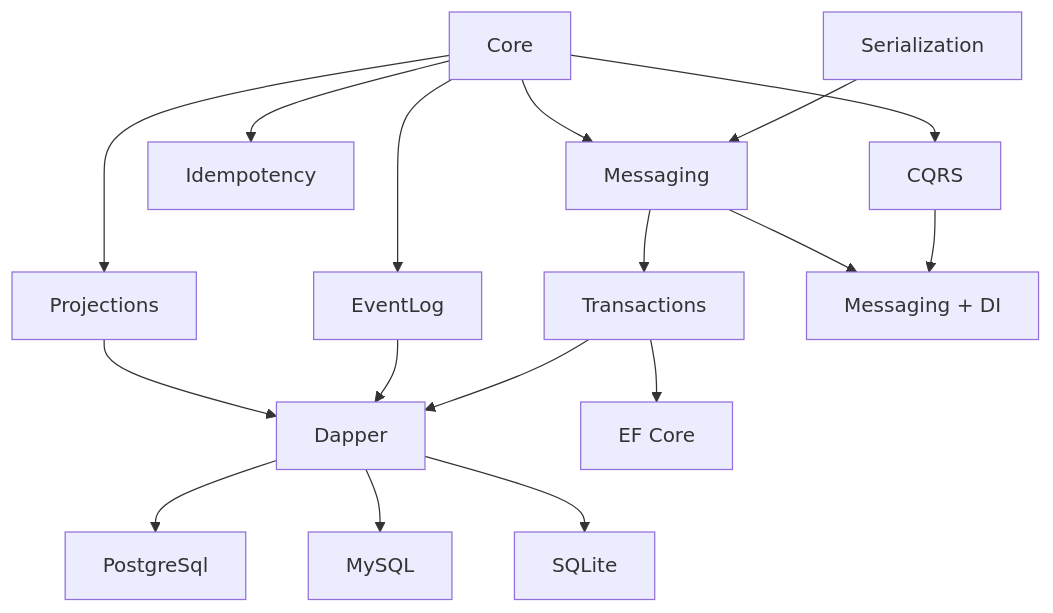
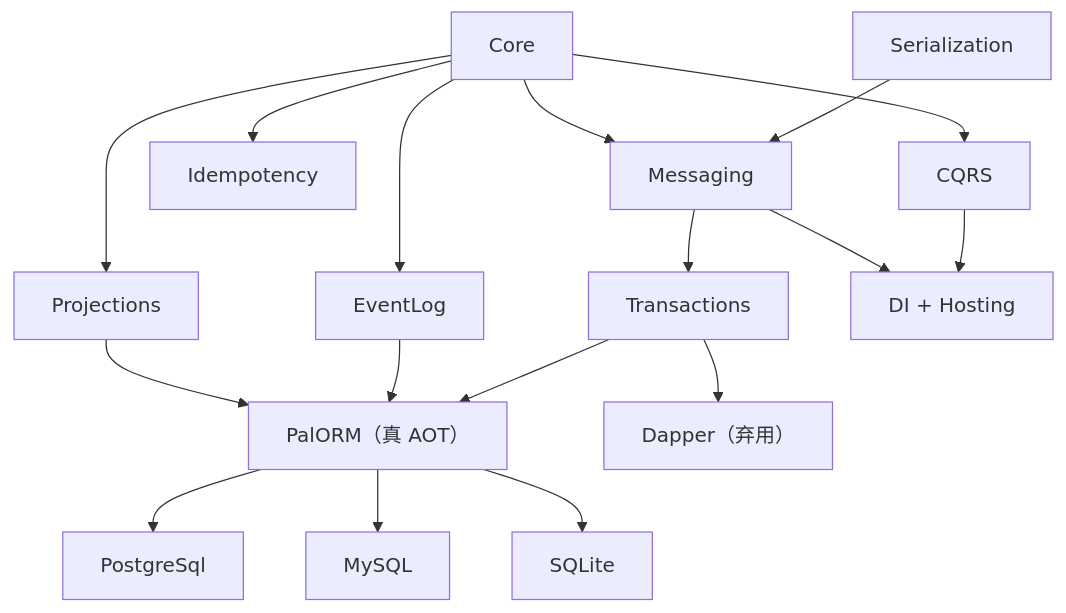
One commit to yuebo119/PalDDD changed the diagram in README.md. Above: the diagram before and after it, drawn with Mermaid. The commit also changed other lines of this file, not shown here.

First line of the commit message:
docs: README 全面审计更新 — PalORM 为推荐路径

````diff
--- a/README.md
+++ b/README.md
@@ -325,19 +326,19 @@
 ```mermaid
 flowchart TB
     Core --> CQRS
     Core --> EventLog
     Core --> Idempotency
     Core --> Projections
     Serialization --> Messaging
     Core --> Messaging
     Messaging --> Transactions
-    CQRS --> DI[Messaging + DI]
+    CQRS --> DI[DI + Hosting]
     Messaging --> DI
-    Transactions --> Dapper
-    EventLog --> Dapper
-    Projections --> Dapper
-    Transactions --> EF[EF Core]
-    Dapper --> PG[PostgreSql]
-    Dapper --> MySQL
-    Dapper --> SQLite
+    Transactions --> PalORM["PalORM（真 AOT）"]
+    EventLog --> PalORM
+    Projections --> PalORM
+    Transactions --> Dapper["Dapper（弃用）"]
+    PalORM --> PG[PostgreSql]
+    PalORM --> MySQL
+    PalORM --> SQLite
 ```
````
